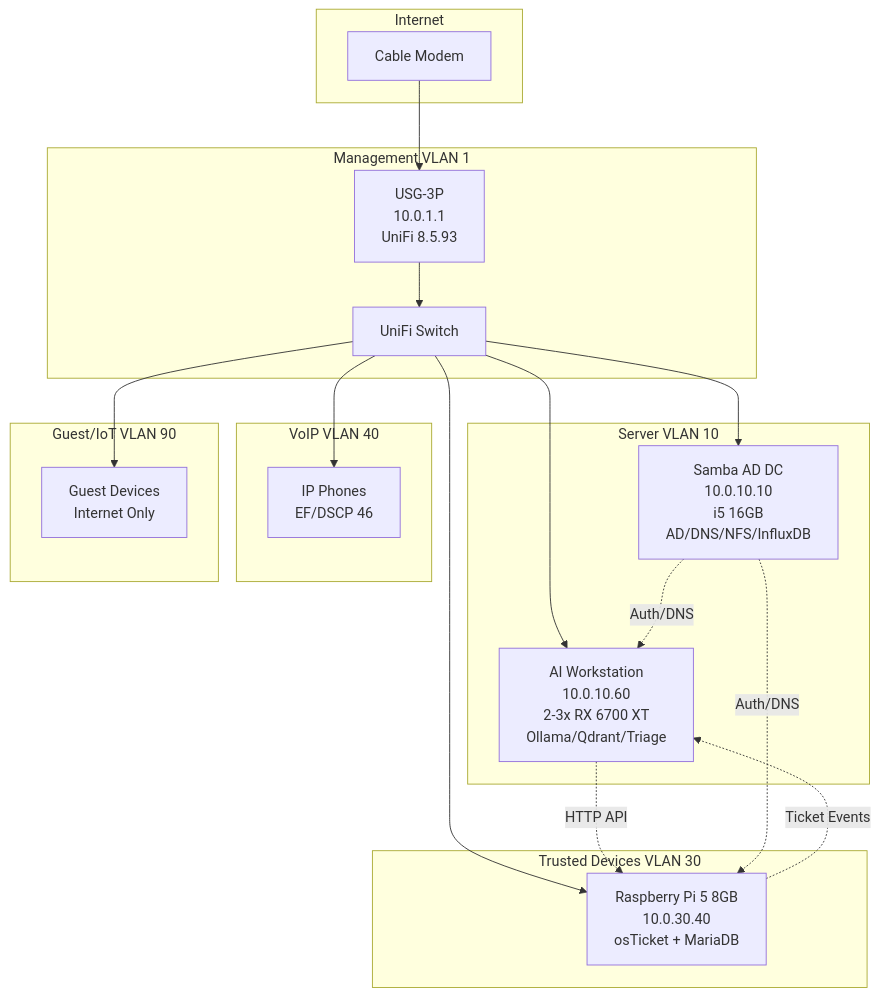
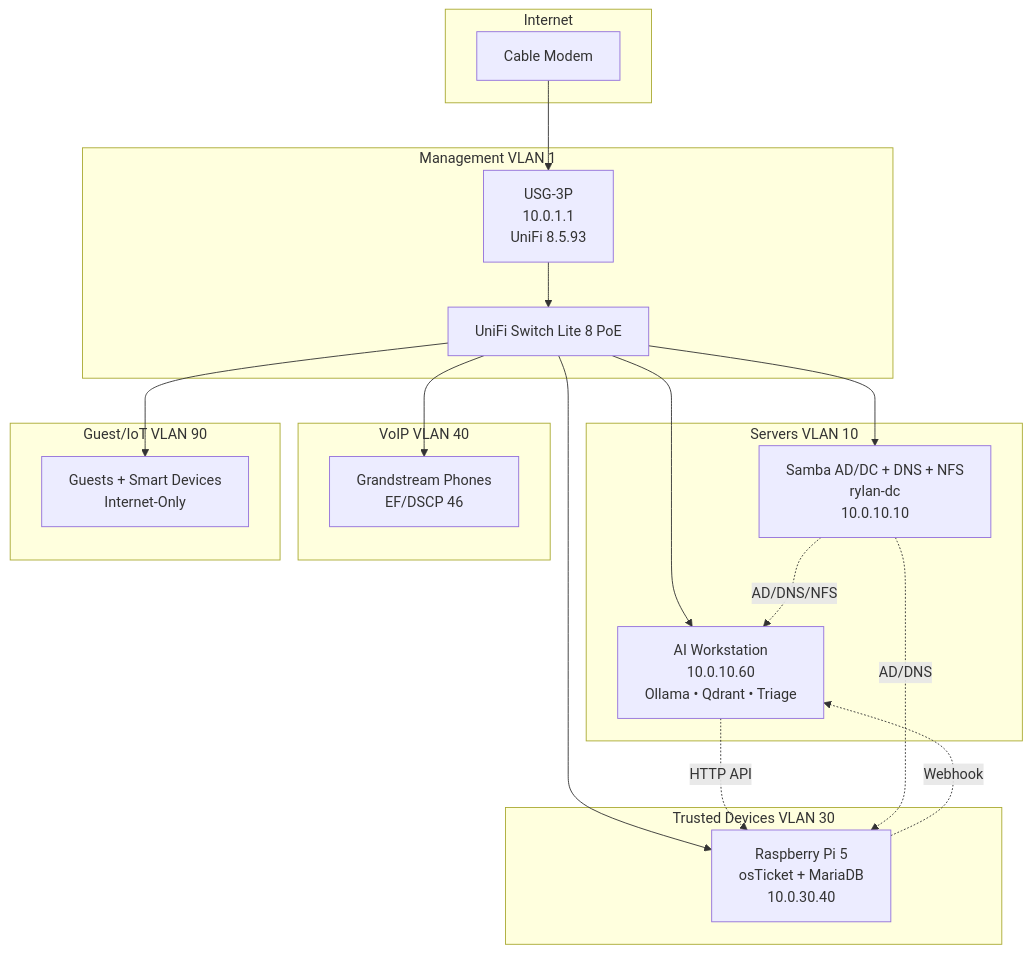
One commit to T-Rylander/rylan-unifi-case-study changed the diagram in README.md. Above: the diagram before and after it, drawn with Mermaid. The commit also changed other lines of this file, not shown here.

````diff
--- a/README.md
+++ b/README.md
@@ -10,41 +9,36 @@
 ```mermaid
 graph TB
     subgraph Internet
         WAN[Cable Modem]
     end
-    
     subgraph "Management VLAN 1"
-        USG[USG-3P<br/>10.0.1.1<br/>UniFi 8.5.93]
-        Switch[UniFi Switch]
+        USG[USG-3P<br>10.0.1.1<br>UniFi 8.5.93]
+        Switch[UniFi Switch Lite 8 PoE]
     end
-    
-    subgraph "Server VLAN 10"
-        ADDS[Samba AD DC<br/>10.0.10.10<br/>i5 16GB<br/>AD/DNS/NFS/InfluxDB]
-        AIWork[AI Workstation<br/>10.0.10.60<br/>2-3x RX 6700 XT<br/>Ollama/Qdrant/Triage]
+    subgraph "Servers VLAN 10"
+        ADDS[Samba AD/DC + DNS + NFS<br>rylan-dc<br>10.0.10.10]
+        AIWork[AI Workstation<br>10.0.10.60<br>Ollama • Qdrant • Triage]
     end
-    
     subgraph "Trusted Devices VLAN 30"
-        RPi[Raspberry Pi 5 8GB<br/>10.0.30.40<br/>osTicket + MariaDB]
+        RPi[Raspberry Pi 5<br>osTicket + MariaDB<br>10.0.30.40]
     end
-    
     subgraph "VoIP VLAN 40"
-        Phone[IP Phones<br/>EF/DSCP 46]
+        Phone[Grandstream Phones<br>EF/DSCP 46]
     end
-    
     subgraph "Guest/IoT VLAN 90"
-        Guest[Guest Devices<br/>Internet Only]
+        Guest[Guests + Smart Devices<br>Internet-Only]
     end
-    
+
     WAN --> USG
     USG --> Switch
     Switch --> ADDS
     Switch --> AIWork
     Switch --> RPi
     Switch --> Phone
     Switch --> Guest
-    
+
     AIWork -.HTTP API.-> RPi
-    RPi -.Ticket Events.-> AIWork
-    ADDS -.Auth/DNS.-> AIWork
-    ADDS -.Auth/DNS.-> RPi
+    RPi -.Webhook.-> AIWork
+    ADDS -.AD/DNS/NFS.-> AIWork
+    ADDS -.AD/DNS.-> RPi
 ```
````
